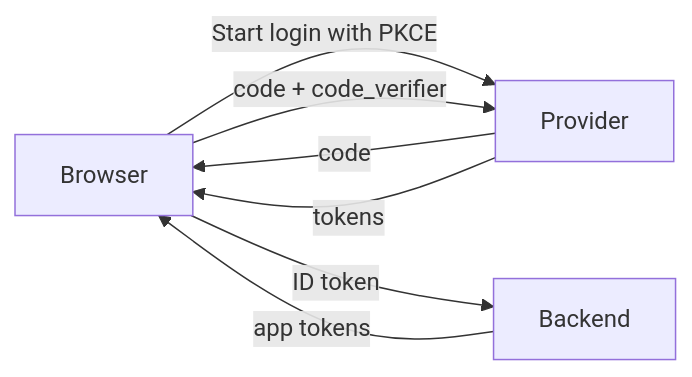
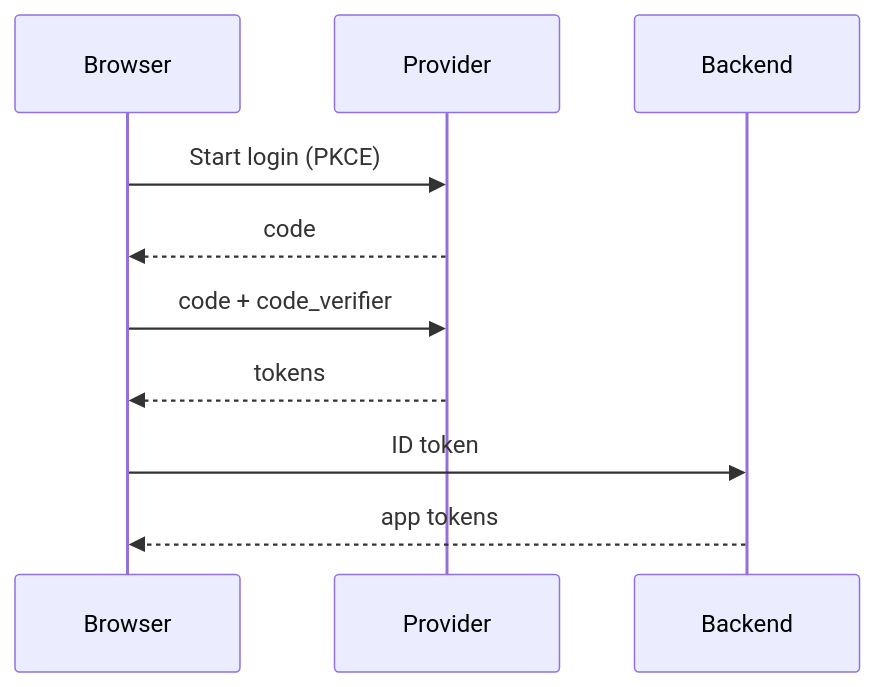
Before and after one commit to slawekradzyminski/awesome-localstack: the fourth of 8 diagrams in docs/DIRECT_SOCIAL_LOGIN.md, drawn with Mermaid. The commit also changed other lines of this file and 89 other files, not shown here.

````diff
--- a/docs/DIRECT_SOCIAL_LOGIN.md
+++ b/docs/DIRECT_SOCIAL_LOGIN.md
@@ -100,9 +86,12 @@
 ```mermaid
-graph LR
-    Browser -->|"Start login with PKCE"| Provider
-    Provider -->|"code"| Browser
-    Browser -->|"code + code_verifier"| Provider
-    Provider -->|"tokens"| Browser
-    Browser -->|"ID token"| Backend
-    Backend -->|"app tokens"| Browser
+sequenceDiagram
+    participant Browser
+    participant Provider
+    participant Backend
+    Browser->>Provider: Start login (PKCE)
+    Provider-->>Browser: code
+    Browser->>Provider: code + code_verifier
+    Provider-->>Browser: tokens
+    Browser->>Backend: ID token
+    Backend-->>Browser: app tokens
 ```
````
